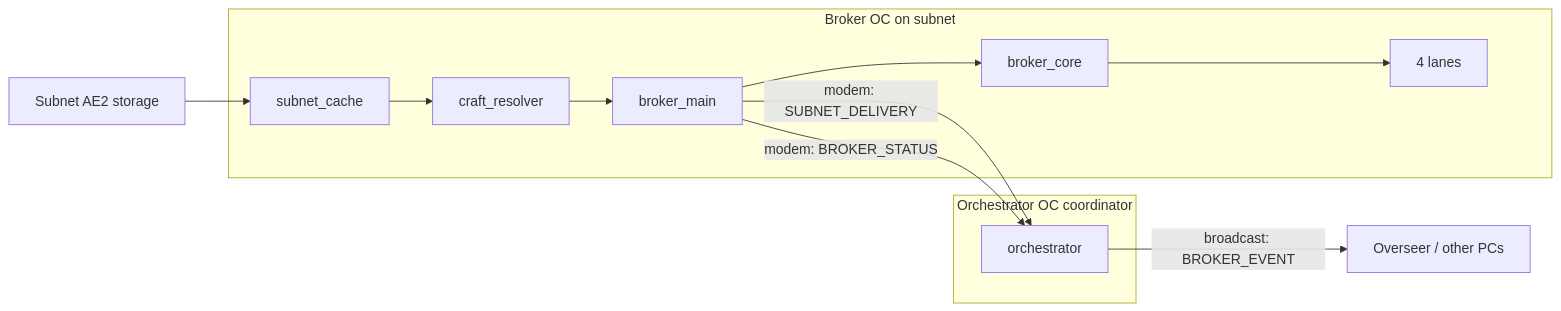
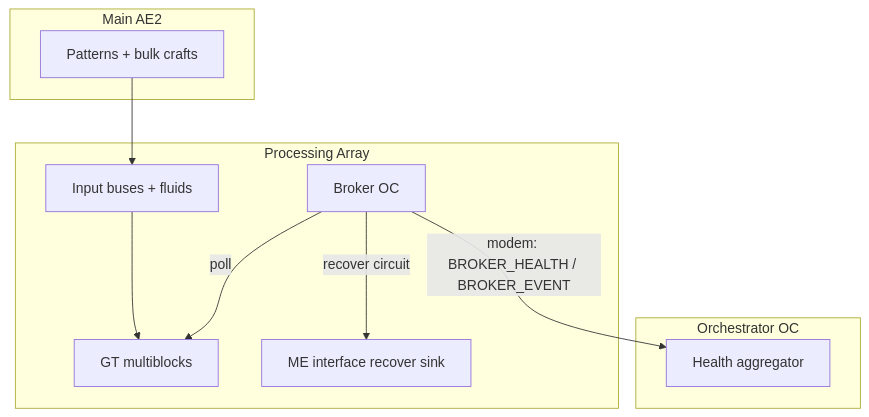
The second of 2 diagrams in README.md (tjmeltesen/AutoOS), drawn with Mermaid before and after one commit. The commit also changed other lines of this file and 38 other files, not shown here.

````diff
--- a/README.md
+++ b/README.md
@@ -446,19 +445,18 @@
 ```mermaid
-flowchart LR
-  subgraph orchOC [Orchestrator OC coordinator]
-    OrchFSM[orchestrator]
+flowchart TB
+  subgraph mainNet [Main AE2]
+    AE[Patterns + bulk crafts]
   end
-  subgraph brokerOC [Broker OC on subnet]
-    SubnetME[subnet_cache]
-    Resolver[craft_resolver]
-    BrokerMain[broker_main]
-    BrokerCore[broker_core]
-    Lanes[4 lanes]
+  subgraph array [Processing Array]
+    AE --> InputBuses[Input buses + fluids]
+    InputBuses --> GT[GT multiblocks]
+    RecoverIF[ME interface recover sink]
+    Broker[Broker OC]
+    Broker -->|poll| GT
+    Broker -->|recover circuit| RecoverIF
   end
-  SubnetNet[Subnet AE2 storage] --> SubnetME
-  SubnetME --> Resolver --> BrokerMain
-  BrokerMain -->|"modem: SUBNET_DELIVERY"| OrchFSM
-  BrokerMain -->|"modem: BROKER_STATUS"| OrchFSM
-  OrchFSM -->|"broadcast: BROKER_EVENT"| Listeners[Overseer / other PCs]
-  BrokerMain --> BrokerCore --> Lanes
+  subgraph coord [Orchestrator OC]
+    Orch[Health aggregator]
+  end
+  Broker -->|"modem: BROKER_HEALTH / BROKER_EVENT"| Orch
 ```
````
